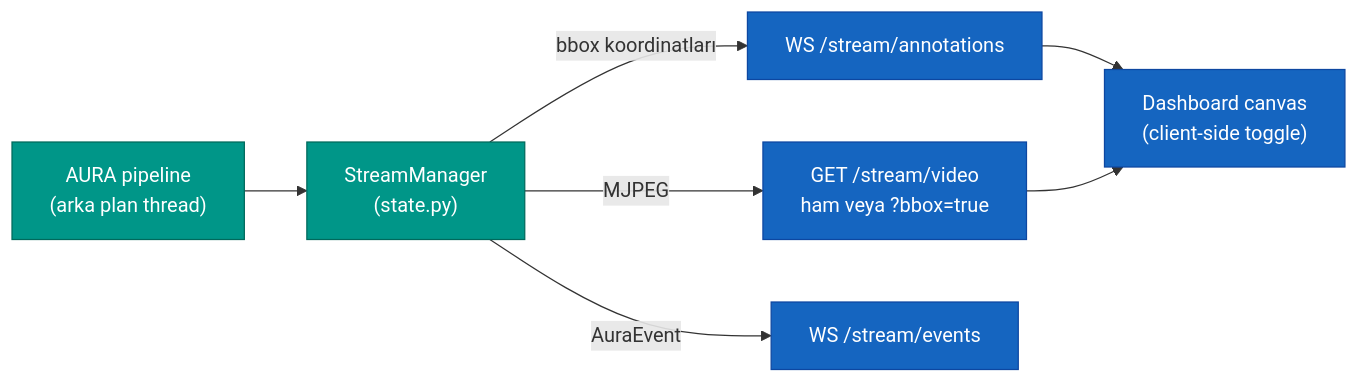
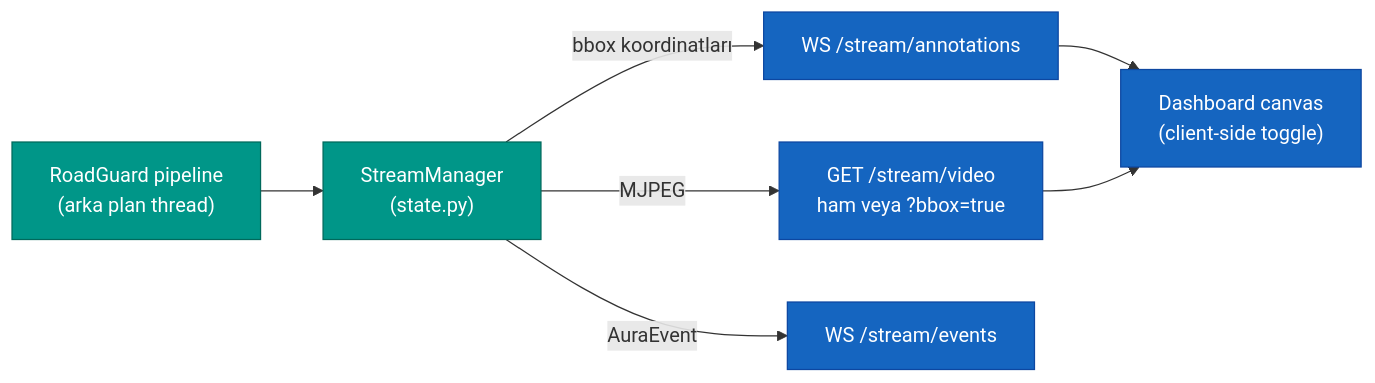
One commit to cleoanka/teknofest-prototip.v2 changed the diagram in services/inference_api/README.md. Above: the diagram before and after it, drawn with Mermaid. The commit also changed other lines of this file and 80 other files, not shown here.

First line of the commit message:
rebrand: marka adı AURA → RoadGuard (docs/README/kod-yorumları/display)

````diff
--- a/services/inference_api/README.md
+++ b/services/inference_api/README.md
@@ -29,13 +29,13 @@
 ```mermaid
 flowchart LR
-    P["AURA pipeline<br/>(arka plan thread)"] --> SM["StreamManager<br/>(state.py)"]
+    P["RoadGuard pipeline<br/>(arka plan thread)"] --> SM["StreamManager<br/>(state.py)"]
     SM -->|MJPEG| V["GET /stream/video<br/>ham veya ?bbox=true"]
     SM -->|bbox koordinatları| A["WS /stream/annotations"]
     SM -->|AuraEvent| E["WS /stream/events"]
     A --> C["Dashboard canvas<br/>(client-side toggle)"]
     V --> C
     classDef src fill:#009688,stroke:#00695c,color:#fff;
     classDef sink fill:#1565c0,stroke:#0d47a1,color:#fff;
     class P,SM src;
     class V,A,E,C sink;
 ```
````
